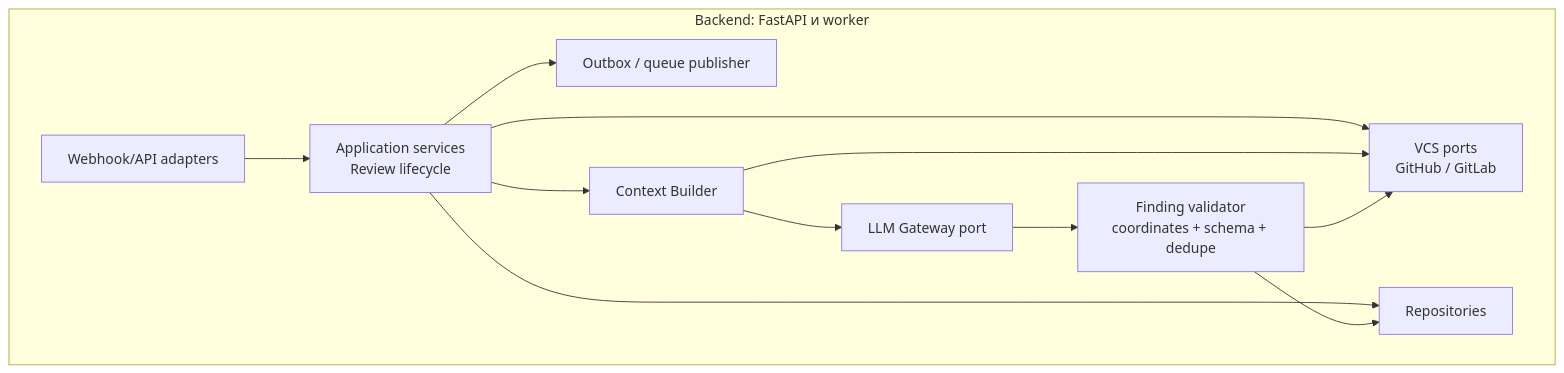
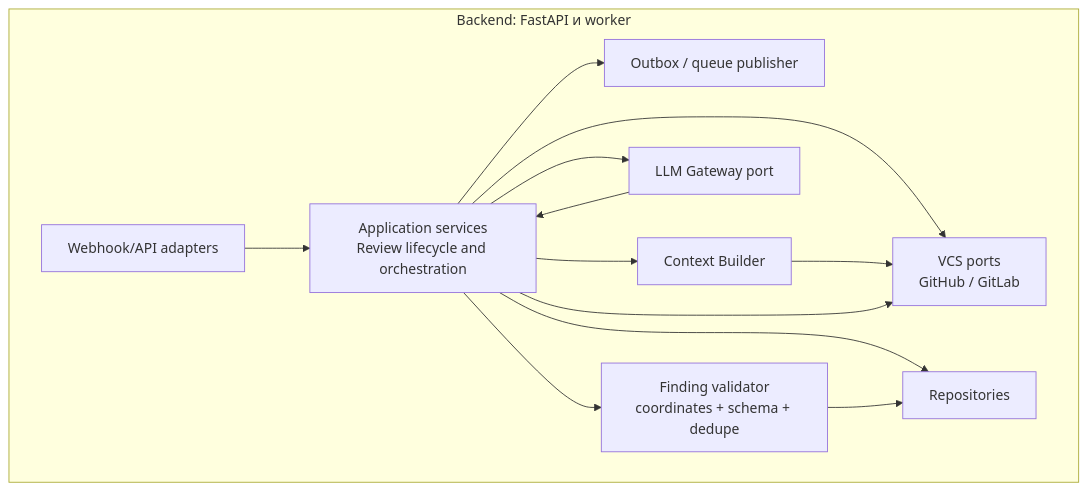
Before and after one commit to larchanka-training/dmc-268-ui-t5: the third of 5 diagrams in SYSTEM_DESIGN.md, drawn with Mermaid. The commit also changed other lines of this file, not shown here.

Commit message:
Update system design document with detailed architecture and data flow diagrams

````diff
--- a/SYSTEM_DESIGN.md
+++ b/SYSTEM_DESIGN.md
@@ -53,23 +79,24 @@
 ```mermaid
 flowchart TB
     subgraph Backend[Backend: FastAPI и worker]
       Webhooks[Webhook/API adapters]
-      App[Application services\nReview lifecycle]
-      VCSPorts[VCS ports\nGitHub / GitLab]
+      App[Application services<br/>Review lifecycle and orchestration]
+      VCSPorts[VCS ports<br/>GitHub / GitLab]
       Builder[Context Builder]
       LLMPort[LLM Gateway port]
-      Validator[Finding validator\ncoordinates + schema + dedupe]
+      Validator[Finding validator<br/>coordinates + schema + dedupe]
       Repos[Repositories]
       Publisher[Outbox / queue publisher]
     end
     Webhooks --> App
     App --> VCSPorts
     App --> Repos
     App --> Publisher
     App --> Builder
     Builder --> VCSPorts
-    Builder --> LLMPort
-    LLMPort --> Validator
+    App --> LLMPort
+    LLMPort --> App
+    App --> Validator
     Validator --> Repos
-    Validator --> VCSPorts
+    App --> VCSPorts
 ```
````
